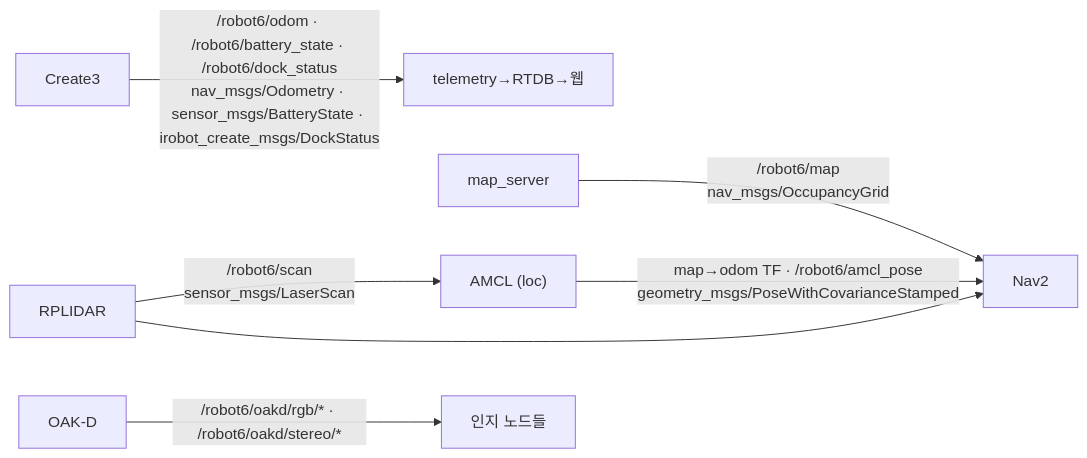
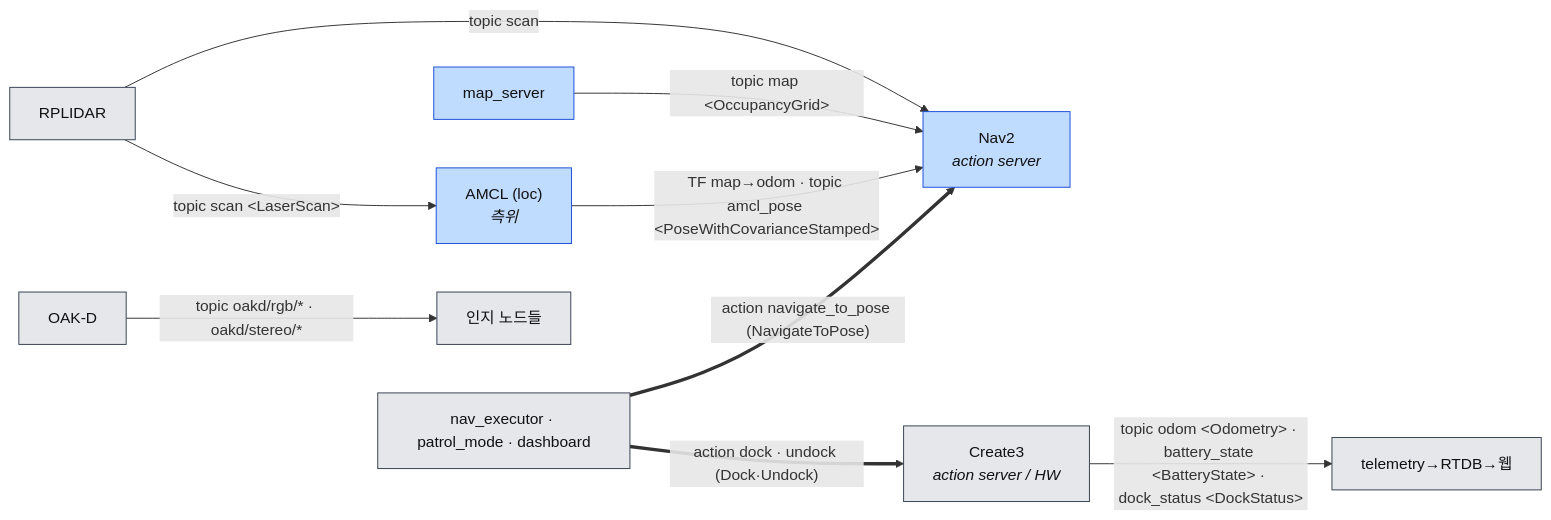
One commit to yevettee/MediCart changed the ninth of 15 diagrams in docs/architecture/05_mermaid_architecture.md. Above: the diagram before and after it, drawn with Mermaid. The commit also changed other lines of this file, not shown here.

Commit message:
docs(arch): 노드 역할(발행/구독/서비스/액션) + 통신 종류(topic/srv/action) 주석 + 범례·시퀀스·노드역할표 + cmd 큐우회 경로

````diff
--- a/docs/architecture/05_mermaid_architecture.md
+++ b/docs/architecture/05_mermaid_architecture.md
@@ -166,9 +251,16 @@
 ```mermaid
 graph LR
-  RP["RPLIDAR"] -->|"/robot6/scan<br/>sensor_msgs/LaserScan"| AMCL["AMCL (loc)"]
-  RP --> NAV2["Nav2"]
-  MAP["map_server"] -->|"/robot6/map<br/>nav_msgs/OccupancyGrid"| NAV2
-  AMCL -->|"map→odom TF · /robot6/amcl_pose<br/>geometry_msgs/PoseWithCovarianceStamped"| NAV2
-  C3["Create3"] -->|"/robot6/odom · /robot6/battery_state · /robot6/dock_status<br/>nav_msgs/Odometry · sensor_msgs/BatteryState · irobot_create_msgs/DockStatus"| SUB["telemetry→RTDB→웹"]
-  OAK["OAK-D"] -->|"/robot6/oakd/rgb/* · /robot6/oakd/stereo/*"| PERC["인지 노드들"]
+  RP["RPLIDAR"] -->|"topic scan &lt;LaserScan&gt;"| AMCL["AMCL (loc)<br/><i>측위</i>"]
+  RP -->|"topic scan"| NAV2["Nav2<br/><i>action server</i>"]
+  MAP["map_server"] -->|"topic map &lt;OccupancyGrid&gt;"| NAV2
+  AMCL -->|"TF map→odom · topic amcl_pose &lt;PoseWithCovarianceStamped&gt;"| NAV2
+  CLI["nav_executor · patrol_mode · dashboard"] ==>|"action navigate_to_pose (NavigateToPose)"| NAV2
+  CLI ==>|"action dock · undock (Dock·Undock)"| C3["Create3<br/><i>action server / HW</i>"]
+  C3 -->|"topic odom &lt;Odometry&gt; · battery_state &lt;BatteryState&gt; · dock_status &lt;DockStatus&gt;"| SUB["telemetry→RTDB→웹"]
+  OAK["OAK-D"] -->|"topic oakd/rgb/* · oakd/stereo/*"| PERC["인지 노드들"]
+
+  classDef nav fill:#bfdbfe,stroke:#1d4ed8,color:#111
+  classDef hw fill:#e5e7eb,stroke:#374151,color:#111
+  class AMCL,NAV2,MAP nav
+  class RP,C3,OAK,SUB,PERC,CLI hw
 ```
````
